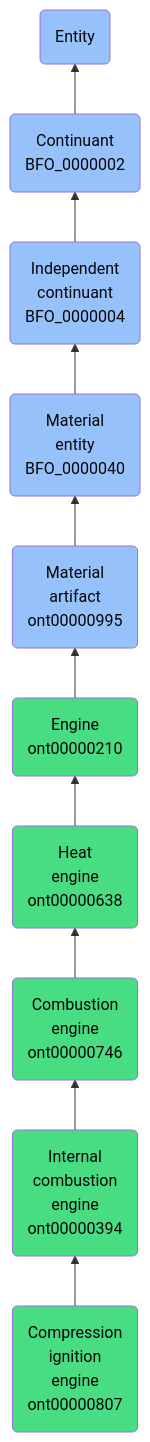
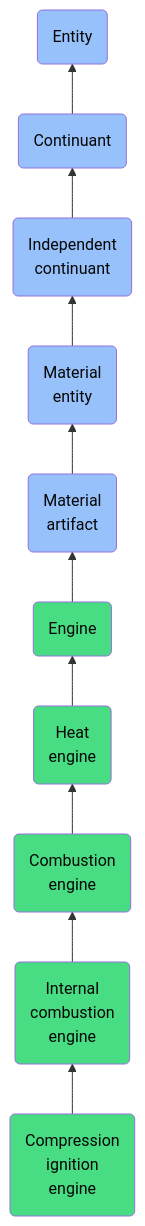
The diagram in docs/ontology/reference/model/Entity/Continuant/Independent continuant/Material entity/Material artifact/Engine/Heat engine/Combustion engine/Internal combustion engine/Compression ignition engine/Compression ignition engine.md (jupyter-naas/abi), drawn with Mermaid before and after one commit. The commit also changed other lines of this file and 1430 other files, not shown here.

````diff
--- a/docs/ontology/reference/model/Entity/Continuant/Independent continuant/Material entity/Material artifact/Engine/Heat engine/Combustion engine/Internal combustion engine/Compression ignition engine/Compression ignition engine.md
+++ b/docs/ontology/reference/model/Entity/Continuant/Independent continuant/Material entity/Material artifact/Engine/Heat engine/Combustion engine/Internal combustion engine/Compression ignition engine/Compression ignition engine.md
@@ -24,17 +24,17 @@
 ```mermaid
 graph BT
-    ont00000807(Compression<br>ignition<br>engine<br>ont00000807):::ABI-->ont00000394
-    ont00000394(Internal<br>combustion<br>engine<br>ont00000394):::ABI-->ont00000746
-    ont00000746(Combustion<br>engine<br>ont00000746):::ABI-->ont00000638
-    ont00000638(Heat<br>engine<br>ont00000638):::ABI-->ont00000210
-    ont00000210(Engine<br>ont00000210):::ABI-->ont00000995
-    ont00000995(Material<br>artifact<br>ont00000995):::BFO-->BFO_0000040
-    BFO_0000040(Material<br>entity<br>BFO_0000040):::BFO-->BFO_0000004
-    BFO_0000004(Independent<br>continuant<br>BFO_0000004):::BFO-->BFO_0000002
-    BFO_0000002(Continuant<br>BFO_0000002):::BFO-->BFO_0000001
+    ont00000807(Compression<br>ignition<br>engine):::ABI-->ont00000394
+    ont00000394(Internal<br>combustion<br>engine):::ABI-->ont00000746
+    ont00000746(Combustion<br>engine):::ABI-->ont00000638
+    ont00000638(Heat<br>engine):::ABI-->ont00000210
+    ont00000210(Engine):::ABI-->ont00000995
+    ont00000995(Material<br>artifact):::BFO-->BFO_0000040
+    BFO_0000040(Material<br>entity):::BFO-->BFO_0000004
+    BFO_0000004(Independent<br>continuant):::BFO-->BFO_0000002
+    BFO_0000002(Continuant):::BFO-->BFO_0000001
     BFO_0000001(Entity):::BFO
     
     classDef BFO fill:#97c1fb,color:#060606
     classDef CCO fill:#e4c51e,color:#060606
     classDef ABI fill:#48DD82,color:#060606
 ```
````
